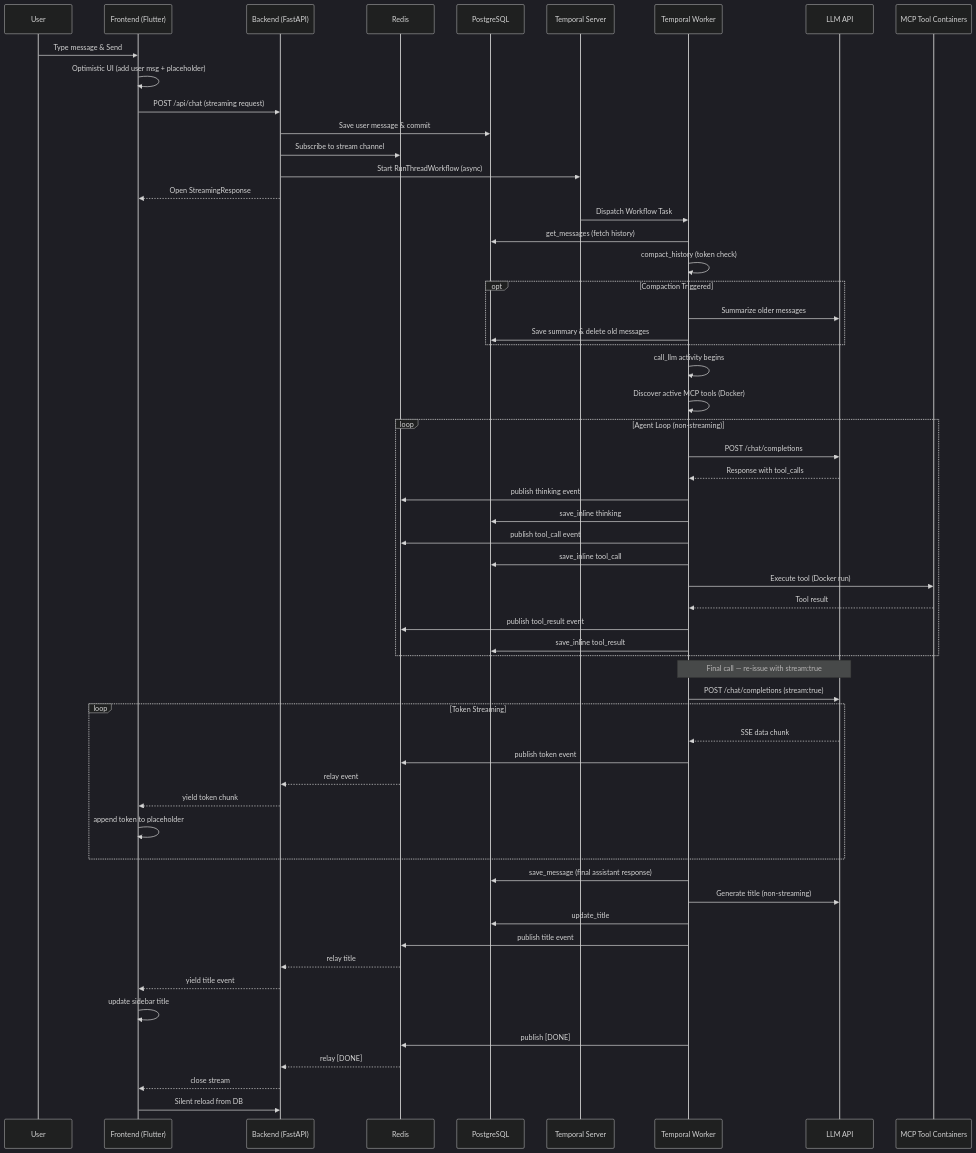
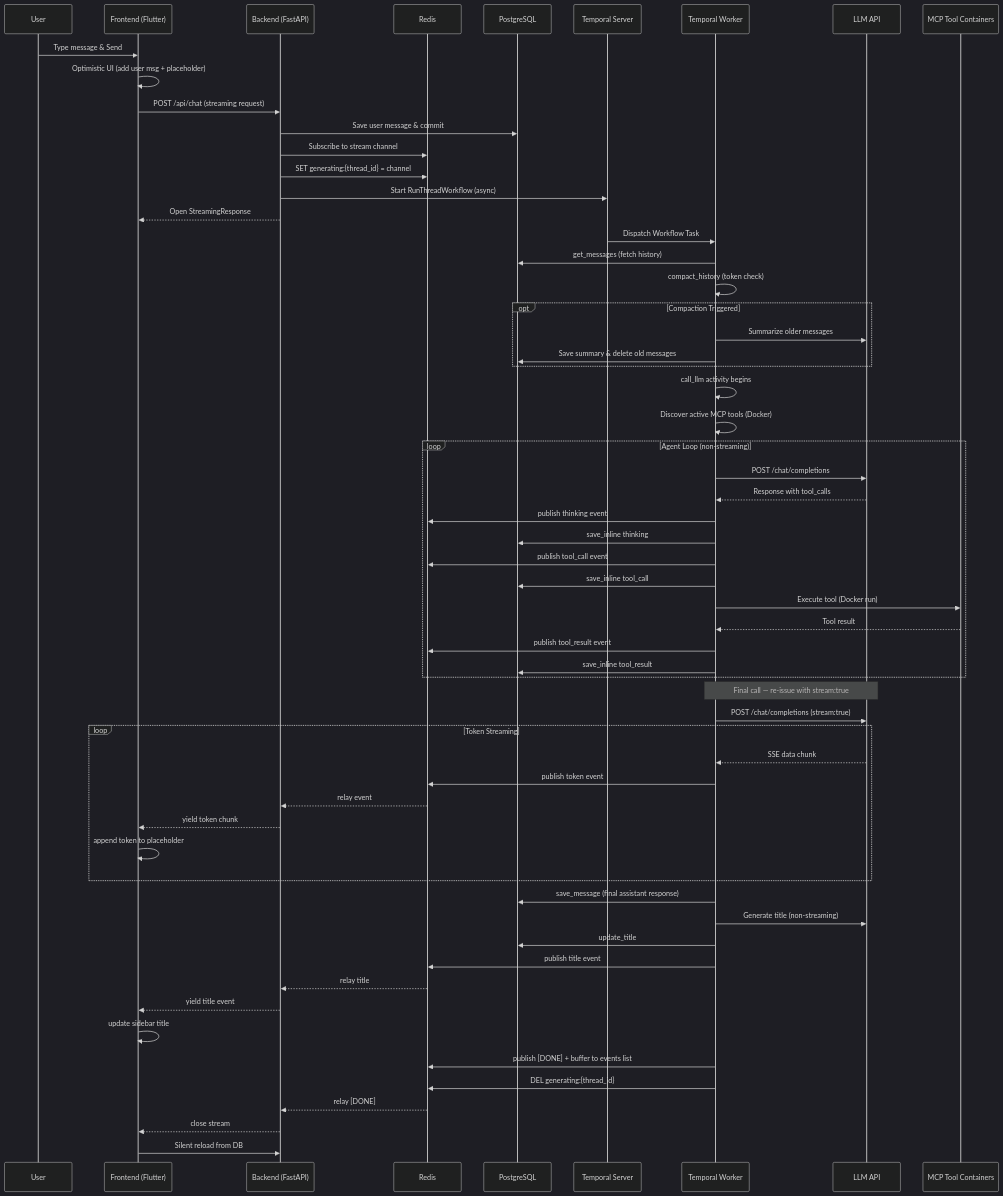
One commit to GethosTheWalrus/thread-bot changed the diagram in DESIGN.md. Above: the diagram before and after it, drawn with Mermaid (dark theme). The commit also changed other lines of this file and 16 other files, not shown here.

````diff
--- a/DESIGN.md
+++ b/DESIGN.md
@@ -182,67 +200,69 @@
 ```mermaid
 sequenceDiagram
     participant U as User
     participant F as Frontend (Flutter)
     participant B as Backend (FastAPI)
     participant R as Redis
     participant DB as PostgreSQL
     participant T as Temporal Server
     participant W as Temporal Worker
     participant L as LLM API
     participant MCP as MCP Tool Containers
 
     U->>F: Type message & Send
     F->>F: Optimistic UI (add user msg + placeholder)
     F->>B: POST /api/chat (streaming request)
     B->>DB: Save user message & commit
     B->>R: Subscribe to stream channel
+    B->>R: SET generating:{thread_id} = channel
     B->>T: Start RunThreadWorkflow (async)
     B-->>F: Open StreamingResponse
 
     T->>W: Dispatch Workflow Task
     W->>DB: get_messages (fetch history)
     W->>W: compact_history (token check)
     opt Compaction Triggered
         W->>L: Summarize older messages
         W->>DB: Save summary & delete old messages
     end
 
     W->>W: call_llm activity begins
     W->>W: Discover active MCP tools (Docker)
 
     loop Agent Loop (non-streaming)
         W->>L: POST /chat/completions
         L-->>W: Response with tool_calls
         W->>R: publish thinking event
         W->>DB: save_inline thinking
         W->>R: publish tool_call event
         W->>DB: save_inline tool_call
         W->>MCP: Execute tool (Docker run)
         MCP-->>W: Tool result
         W->>R: publish tool_result event
         W->>DB: save_inline tool_result
     end
 
     Note over W,L: Final call — re-issue with stream:true
     W->>L: POST /chat/completions (stream:true)
     loop Token Streaming
         L-->>W: SSE data chunk
         W->>R: publish token event
         R-->>B: relay event
         B-->>F: yield token chunk
         F->>F: append token to placeholder
     end
 
     W->>DB: save_message (final assistant response)
     W->>L: Generate title (non-streaming)
     W->>DB: update_title
     W->>R: publish title event
     R-->>B: relay title
     B-->>F: yield title event
     F->>F: update sidebar title
 
-    W->>R: publish [DONE]
+    W->>R: publish [DONE] + buffer to events list
+    W->>R: DEL generating:{thread_id}
     R-->>B: relay [DONE]
     B-->>F: close stream
     F->>B: Silent reload from DB
 ```
````
